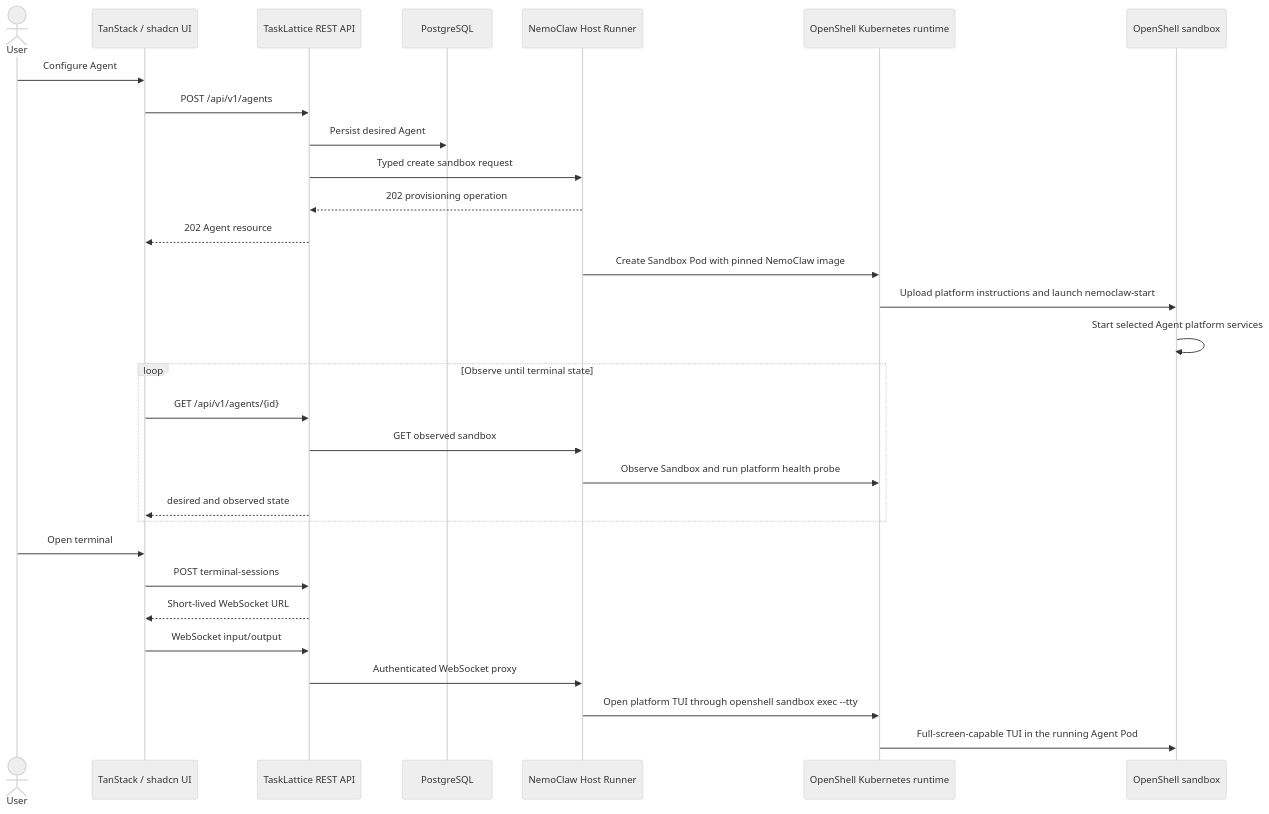
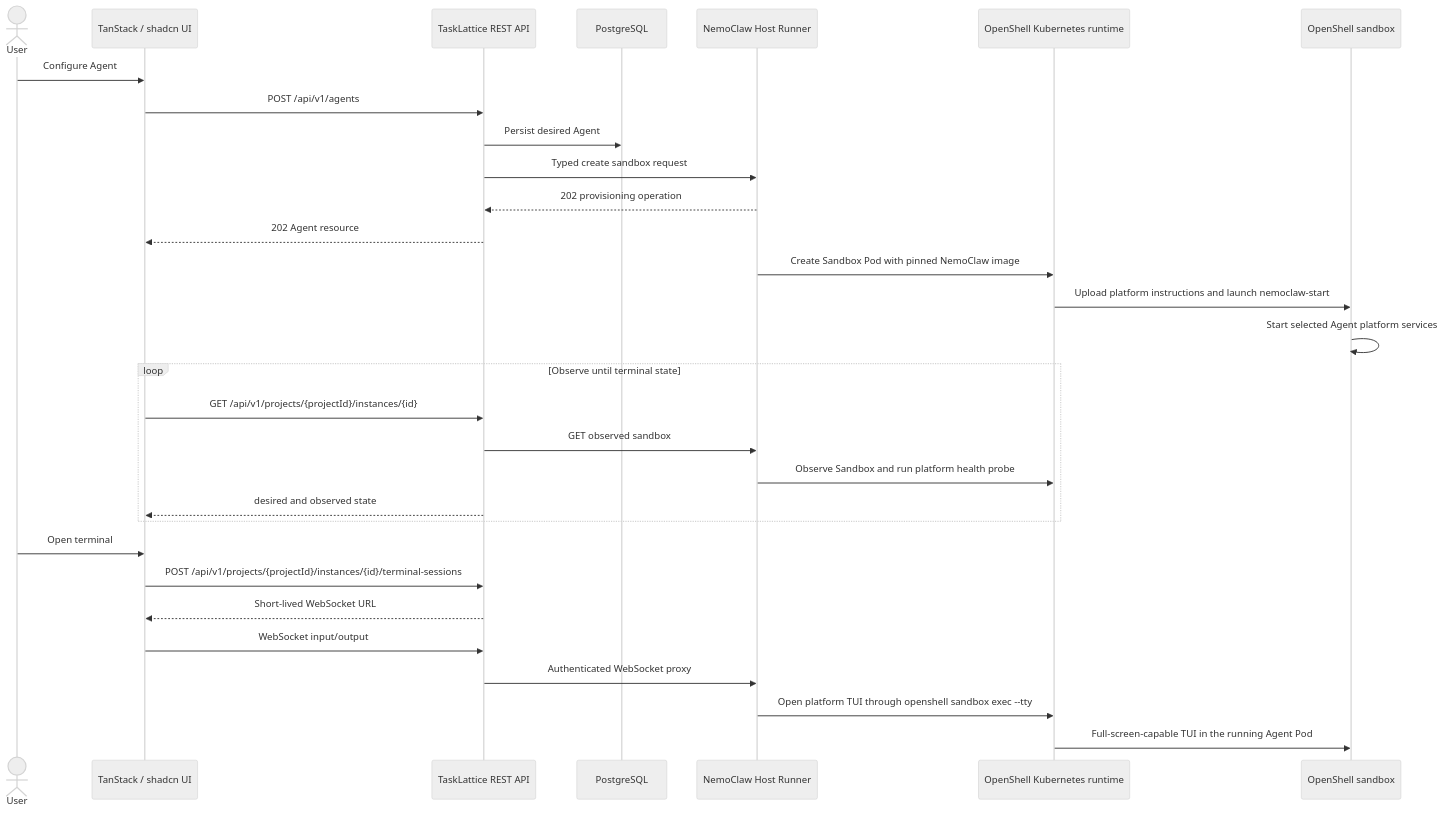
The second of 2 diagrams in docs/mvp-core-flow.md (feng2009-hub/tasklattice-relay), drawn with Mermaid (neutral theme) before and after one commit. The commit also changed other lines of this file and 289 other files, not shown here.

````diff
--- a/docs/mvp-core-flow.md
+++ b/docs/mvp-core-flow.md
@@ -34,33 +34,33 @@
 ```mermaid
 sequenceDiagram
     actor User
     participant UI as TanStack / shadcn UI
     participant API as TaskLattice REST API
     participant DB as PostgreSQL
     participant Runner as NemoClaw Host Runner
     participant OS as OpenShell Kubernetes runtime
     participant SB as OpenShell sandbox
 
     User->>UI: Configure Agent
     UI->>API: POST /api/v1/agents
     API->>DB: Persist desired Agent
     API->>Runner: Typed create sandbox request
     Runner-->>API: 202 provisioning operation
     API-->>UI: 202 Agent resource
     Runner->>OS: Create Sandbox Pod with pinned NemoClaw image
     OS->>SB: Upload platform instructions and launch nemoclaw-start
     SB->>SB: Start selected Agent platform services
     loop Observe until terminal state
-        UI->>API: GET /api/v1/agents/{id}
+        UI->>API: GET /api/v1/projects/{projectId}/instances/{id}
         API->>Runner: GET observed sandbox
         Runner->>OS: Observe Sandbox and run platform health probe
         API-->>UI: desired and observed state
     end
     User->>UI: Open terminal
-    UI->>API: POST terminal-sessions
+    UI->>API: POST /api/v1/projects/{projectId}/instances/{id}/terminal-sessions
     API-->>UI: Short-lived WebSocket URL
     UI->>API: WebSocket input/output
     API->>Runner: Authenticated WebSocket proxy
     Runner->>OS: Open platform TUI through openshell sandbox exec --tty
     OS->>SB: Full-screen-capable TUI in the running Agent Pod
 ```
````
